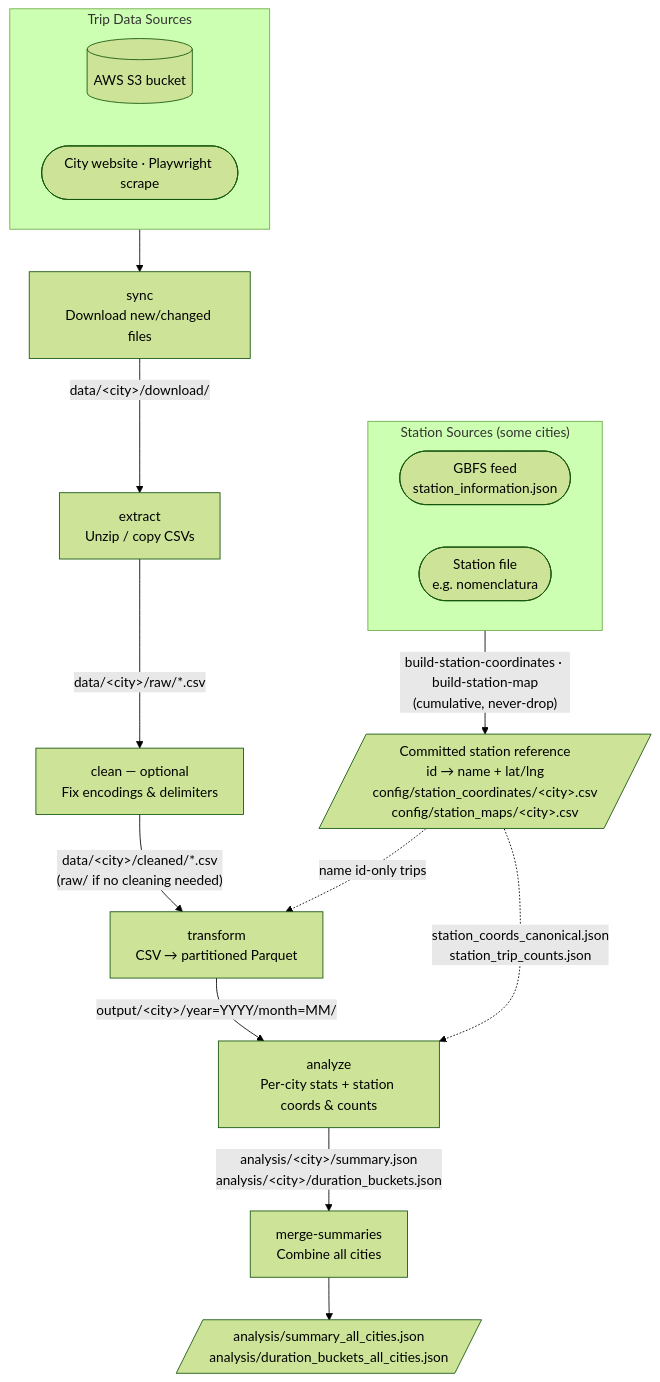
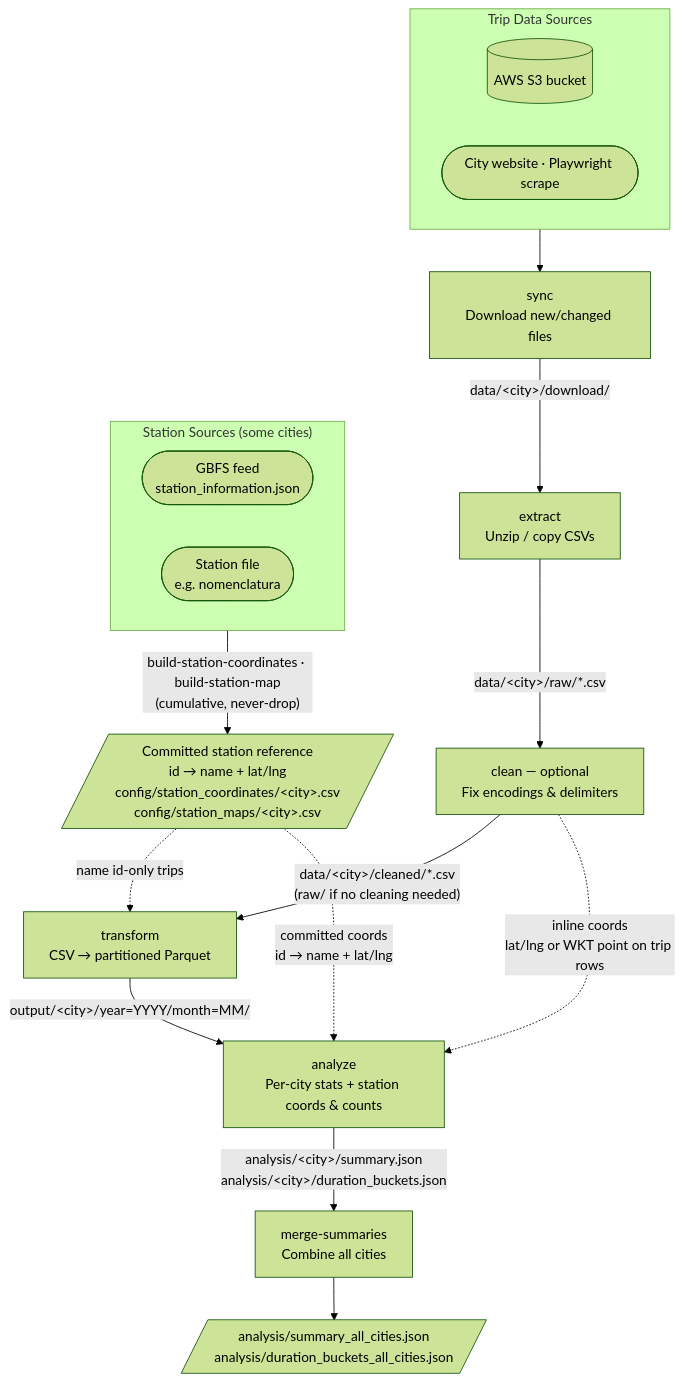
One commit to commanderking/citybikeshare changed the diagram in README.md. Above: the diagram before and after it, drawn with Mermaid (forest theme). The commit also changed other lines of this file, not shown here.

````diff
--- a/README.md
+++ b/README.md
@@ -9,36 +9,37 @@
 ```mermaid
 flowchart TD
     subgraph SOURCES["Trip Data Sources"]
         S3[("AWS S3 bucket")]
         WEB(["City website · Playwright scrape"])
     end
 
     subgraph STATIONSRC["Station Sources (some cities)"]
         GBFS(["GBFS feed\nstation_information.json"])
         SFILE(["Station file\ne.g. nomenclatura"])
     end
 
     SYNC["sync\nDownload new/changed files"]
     EXTRACT["extract\nUnzip / copy CSVs"]
     CLEAN["clean — optional\nFix encodings & delimiters"]
     TRANSFORM["transform\nCSV → partitioned Parquet"]
     ANALYZE["analyze\nPer-city stats + station coords & counts"]
     MERGE["merge-summaries\nCombine all cities"]
 
     STATIONS[/"Committed station reference\nid → name + lat/lng\nconfig/station_coordinates/&lt;city&gt;.csv\nconfig/station_maps/&lt;city&gt;.csv"/]
 
     RESULT[/"analysis/summary_all_cities.json
 analysis/duration_buckets_all_cities.json"/]
 
     SOURCES --> SYNC
     SYNC      -->|"data/&lt;city&gt;/download/"| EXTRACT
     EXTRACT   -->|"data/&lt;city&gt;/raw/*.csv"| CLEAN
     CLEAN     -->|"data/&lt;city&gt;/cleaned/*.csv\n(raw/ if no cleaning needed)"| TRANSFORM
     TRANSFORM -->|"output/&lt;city&gt;/year=YYYY/month=MM/"| ANALYZE
     ANALYZE   -->|"analysis/&lt;city&gt;/summary.json\nanalysis/&lt;city&gt;/duration_buckets.json"| MERGE
     MERGE     --> RESULT
 
     STATIONSRC -->|"build-station-coordinates · build-station-map\n(cumulative, never-drop)"| STATIONS
     STATIONS -.->|"name id-only trips"| TRANSFORM
-    STATIONS -.->|"station_coords_canonical.json\nstation_trip_counts.json"| ANALYZE
+    STATIONS -.->|"committed coords\nid → name + lat/lng"| ANALYZE
+    CLEAN -.->|"inline coords\nlat/lng or WKT point on trip rows"| ANALYZE
 ```
````
